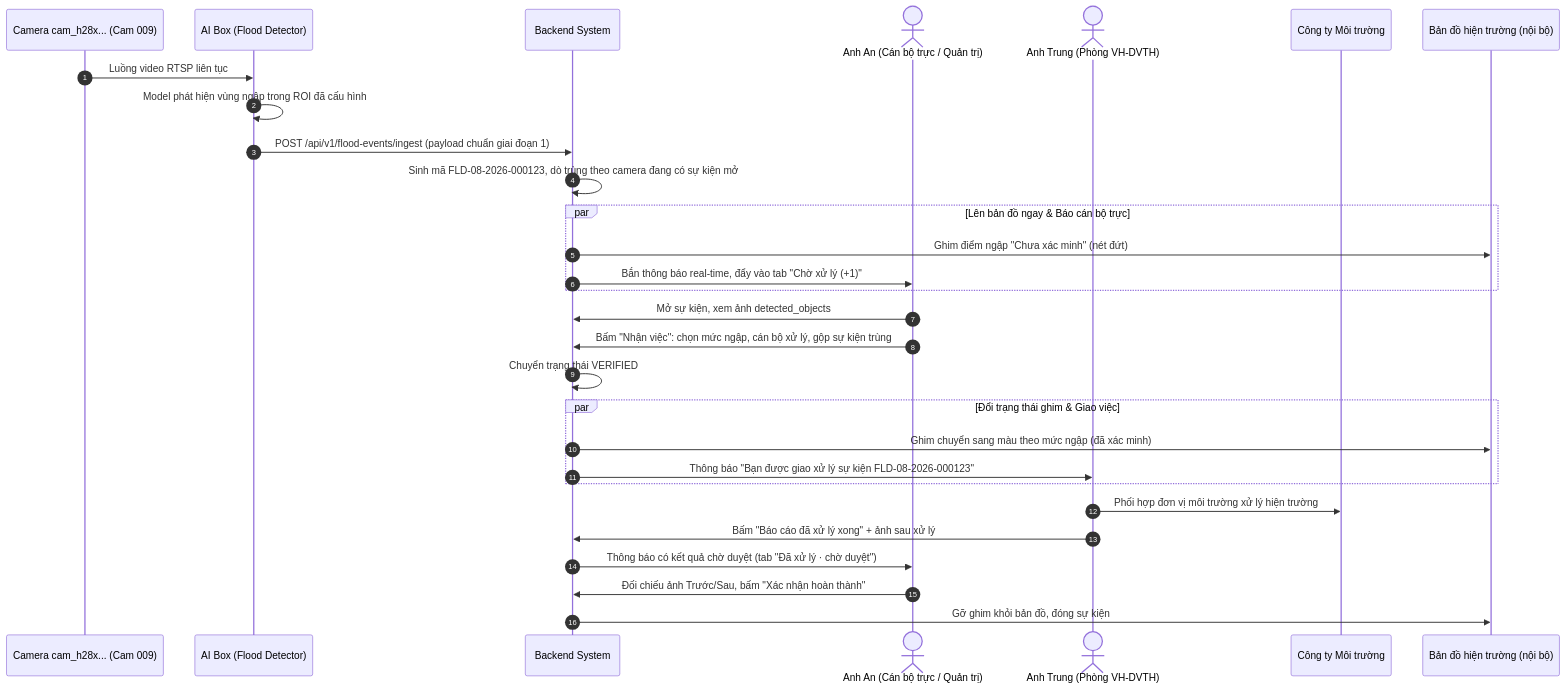
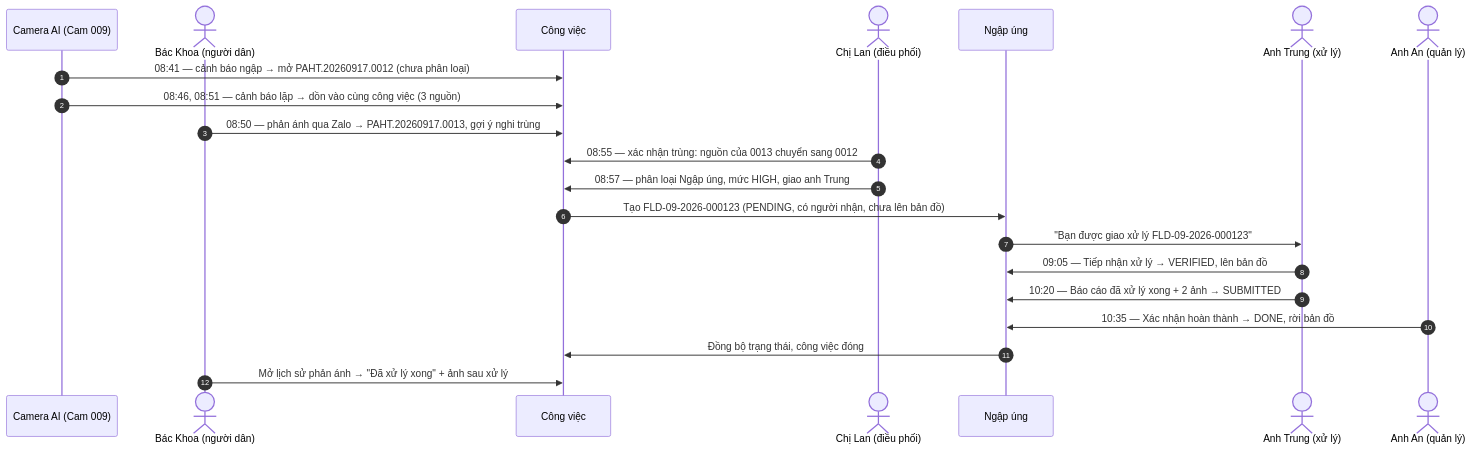
Before and after one commit to BigWave9702/api-hien-truong: the first of 3 diagrams in flood_management_technical_design.md, drawn with Mermaid. The commit also changed other lines of this file, not shown here.

Commit message:
update flood technical

````diff
--- a/flood_management_technical_design.md
+++ b/flood_management_technical_design.md
@@ -41,35 +58,24 @@
 ```mermaid
 sequenceDiagram
     autonumber
-    participant CAM as Camera cam_h28x... (Cam 009)
-    participant AI as AI Box (Flood Detector)
-    participant BE as Backend System
-    actor Truc as Anh An (Cán bộ trực / Quản trị)
-    actor CanBo as Anh Trung (Phòng VH-DVTH)
-    participant DV as Công ty Môi trường
-    participant MAP as Bản đồ hiện trường (nội bộ)
+    participant Cam as Camera AI (Cam 009)
+    actor Dan as Bác Khoa (người dân)
+    participant WI as Công việc
+    actor Lan as Chị Lan (điều phối)
+    participant FL as Ngập úng
+    actor Trung as Anh Trung (xử lý)
+    actor An as Anh An (quản lý)
 
-    CAM->>AI: Luồng video RTSP liên tục
-    AI->>AI: Model phát hiện vùng ngập trong ROI đã cấu hình
-    AI->>BE: POST /api/v1/flood-events/ingest (payload chuẩn giai đoạn 1)
-    BE->>BE: Sinh mã FLD-08-2026-000123, dò trùng theo camera đang có sự kiện mở
-    par Lên bản đồ ngay & Báo cán bộ trực
-        BE->>MAP: Ghim điểm ngập "Chưa xác minh" (nét đứt)
-        BE->>Truc: Bắn thông báo real-time, đẩy vào tab "Chờ xử lý (+1)"
-    end
-
-    Truc->>BE: Mở sự kiện, xem ảnh detected_objects
-    Truc->>BE: Bấm "Nhận việc": chọn mức ngập, cán bộ xử lý, gộp sự kiện trùng
-    BE->>BE: Chuyển trạng thái VERIFIED
-    par Đổi trạng thái ghim & Giao việc
-        BE->>MAP: Ghim chuyển sang màu theo mức ngập (đã xác minh)
-        BE->>CanBo: Thông báo "Bạn được giao xử lý sự kiện FLD-08-2026-000123"
-    end
-
-    CanBo->>DV: Phối hợp đơn vị môi trường xử lý hiện trường
-    CanBo->>BE: Bấm "Báo cáo đã xử lý xong" + ảnh sau xử lý
-    BE->>Truc: Thông báo có kết quả chờ duyệt (tab "Đã xử lý · chờ duyệt")
-
-    Truc->>BE: Đối chiếu ảnh Trước/Sau, bấm "Xác nhận hoàn thành"
-    BE->>MAP: Gỡ ghim khỏi bản đồ, đóng sự kiện
+    Cam->>WI: 08:41 — cảnh báo ngập → mở PAHT.20260917.0012 (chưa phân loại)
+    Cam->>WI: 08:46, 08:51 — cảnh báo lặp → dồn vào cùng công việc (3 nguồn)
+    Dan->>WI: 08:50 — phản ánh qua Zalo → PAHT.20260917.0013, gợi ý nghi trùng
+    Lan->>WI: 08:55 — xác nhận trùng: nguồn của 0013 chuyển sang 0012
+    Lan->>WI: 08:57 — phân loại Ngập úng, mức HIGH, giao anh Trung
+    WI->>FL: Tạo FLD-09-2026-000123 (PENDING, có người nhận, chưa lên bản đồ)
+    FL->>Trung: "Bạn được giao xử lý FLD-09-2026-000123"
+    Trung->>FL: 09:05 — Tiếp nhận xử lý → VERIFIED, lên bản đồ
+    Trung->>FL: 10:20 — Báo cáo đã xử lý xong + 2 ảnh → SUBMITTED
+    An->>FL: 10:35 — Xác nhận hoàn thành → DONE, rời bản đồ
+    FL->>WI: Đồng bộ trạng thái, công việc đóng
+    Dan->>WI: Mở lịch sử phản ánh → "Đã xử lý xong" + ảnh sau xử lý
 ```
````
